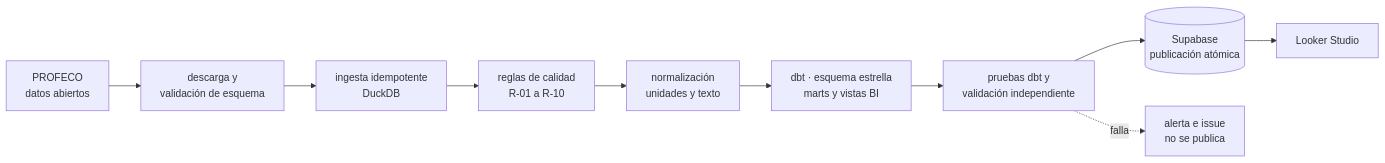
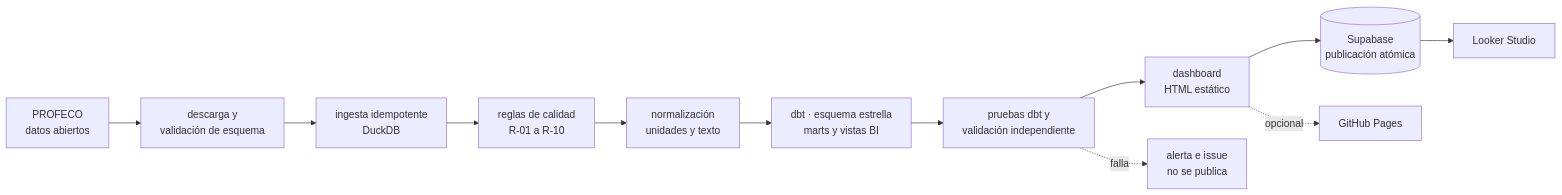
Before and after one commit to isaacmartinez23/analisis_profeco: the diagram in README.md, drawn with Mermaid. The commit also changed other lines of this file and 19 other files, not shown here.

````diff
--- a/README.md
+++ b/README.md
@@ -25,12 +41,14 @@
 ```mermaid
 flowchart LR
     P[PROFECO<br/>datos abiertos] --> D[descarga y<br/>validación de esquema]
     D --> I[ingesta idempotente<br/>DuckDB]
     I --> Q[reglas de calidad<br/>R-01 a R-10]
     Q --> N[normalización<br/>unidades y texto]
     N --> M[dbt · esquema estrella<br/>marts y vistas BI]
     M --> V[pruebas dbt y<br/>validación independiente]
-    V --> S[(Supabase<br/>publicación atómica)]
+    V --> H[dashboard<br/>HTML estático]
+    H --> S[(Supabase<br/>publicación atómica)]
     S --> L[Looker Studio]
+    H -.opcional.-> G[GitHub Pages]
     V -.falla.-> A[alerta e issue<br/>no se publica]
 ```
````
